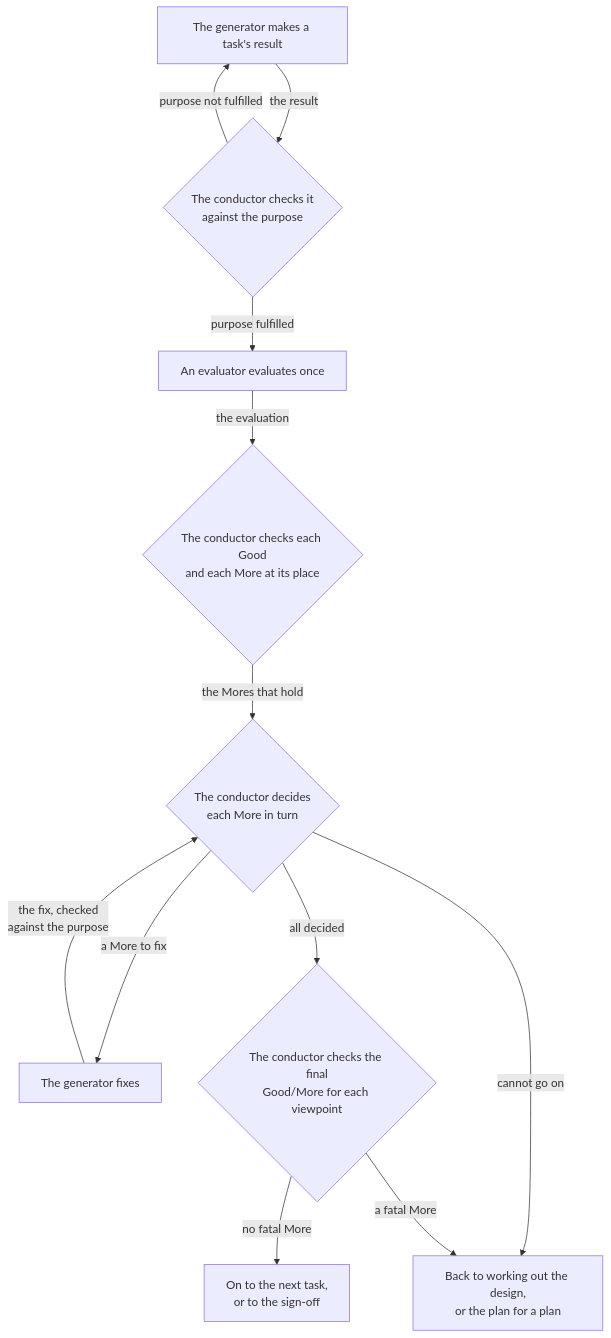
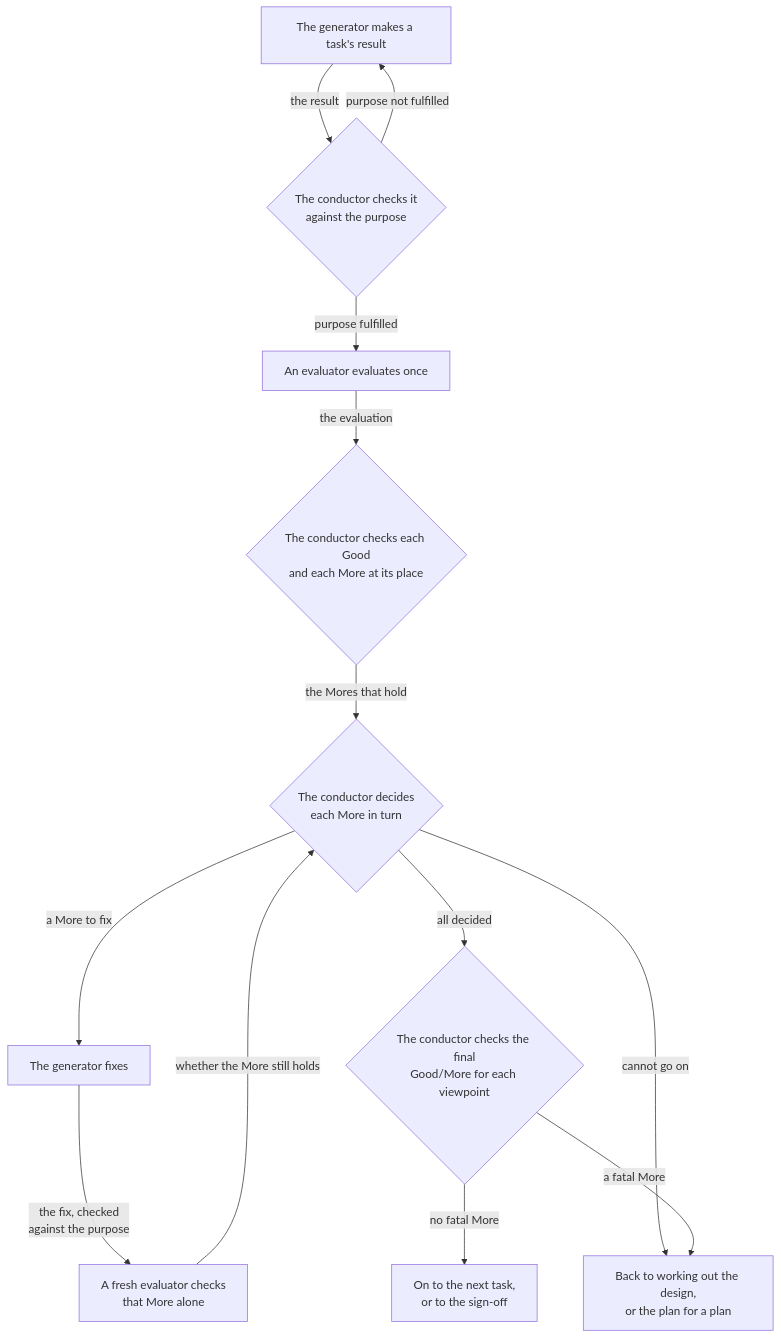
Before and after one commit to lovaizu/ccpm: the third of 4 diagrams in rn/docs/design.md, drawn with Mermaid. The commit also changed other lines of this file, not shown here.

First line of the commit message:
docs(rn): a More the conductor fixed is checked by a fresh evaluator on that More alone, since whoever made a fix is the worst placed to see it falls short and a More wrongly called fixed reaches the proposal as a Good

````diff
--- a/rn/docs/design.md
+++ b/rn/docs/design.md
@@ -159,23 +159,25 @@
 ```mermaid
 flowchart TD
     M["The generator makes a task's result"]
     K{"The conductor checks it<br/>against the purpose"}
     V["An evaluator evaluates once"]
     KE{"The conductor checks each Good<br/>and each More at its place"}
     D{"The conductor decides<br/>each More in turn"}
     F["The generator fixes"]
+    R["A fresh evaluator checks<br/>that More alone"]
     J{"The conductor checks the final<br/>Good/More for each viewpoint"}
     N["On to the next task,<br/>or to the sign-off"]
     U["Back to working out the design,<br/>or the plan for a plan"]
     M -->|"the result"| K
     K -->|"purpose not fulfilled"| M
     K -->|"purpose fulfilled"| V
     V -->|"the evaluation"| KE
     KE -->|"the Mores that hold"| D
     D -->|"a More to fix"| F
-    F -->|"the fix, checked<br/>against the purpose"| D
+    F -->|"the fix, checked<br/>against the purpose"| R
+    R -->|"whether the More still holds"| D
     D -->|"all decided"| J
     D -->|"cannot go on"| U
     J -->|"no fatal More"| N
     J -->|"a fatal More"| U
 ```
````
